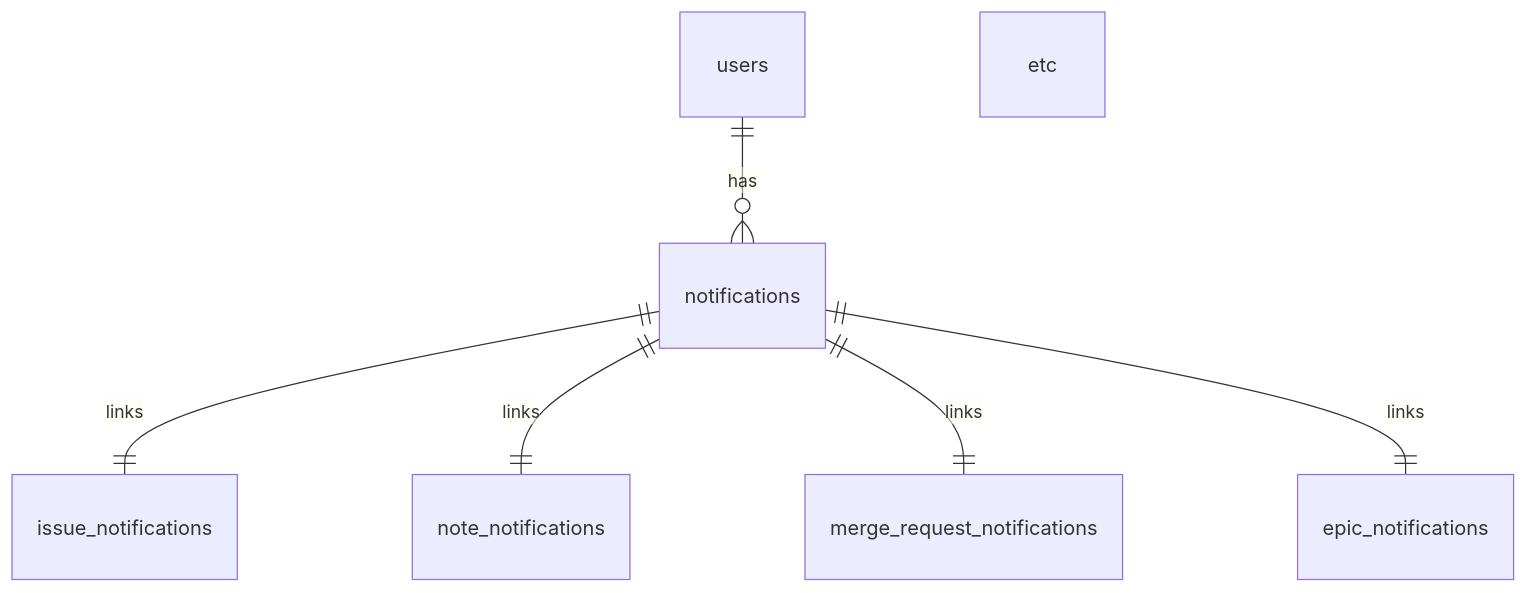
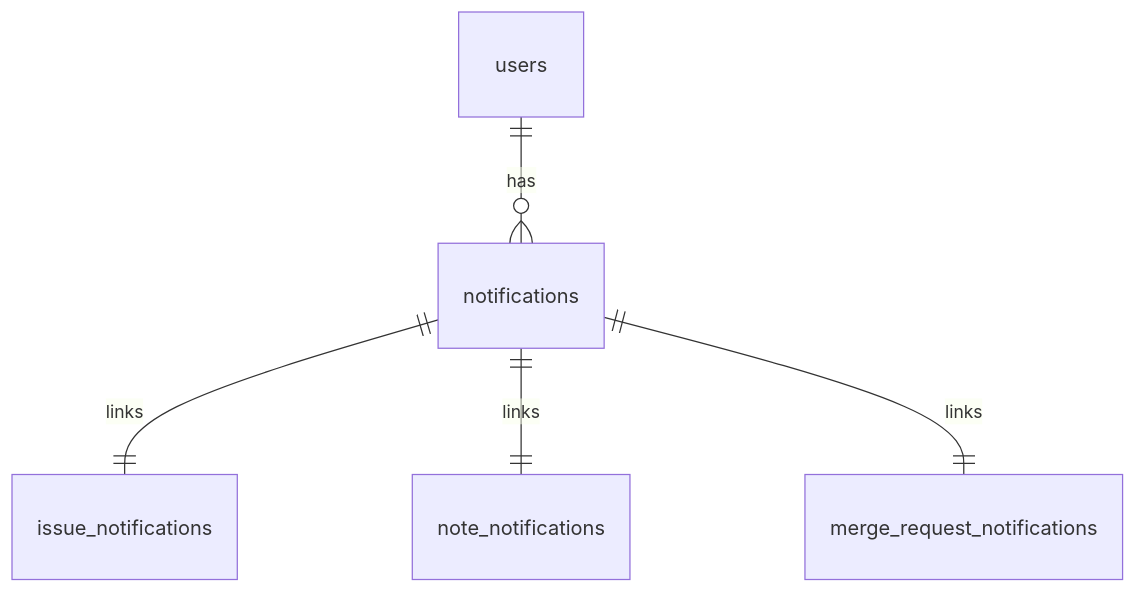
One commit to zalyoung/gitlab-handbook changed the diagram in content/handbook/engineering/architecture/design-documents/notifications/adr/001_database_schema.md. Above: the diagram before and after it, drawn with Mermaid. The commit also changed other lines of this file, not shown here.

````diff
--- a/content/handbook/engineering/architecture/design-documents/notifications/adr/001_database_schema.md
+++ b/content/handbook/engineering/architecture/design-documents/notifications/adr/001_database_schema.md
@@ -98,8 +98,7 @@
 ```mermaid
 erDiagram
   users ||--o{ notifications : has
   notifications ||--|| issue_notifications : links
   notifications ||--|| note_notifications : links
   notifications ||--|| merge_request_notifications : links
-  notifications ||--|| epic_notifications : links etc
 ```
````
